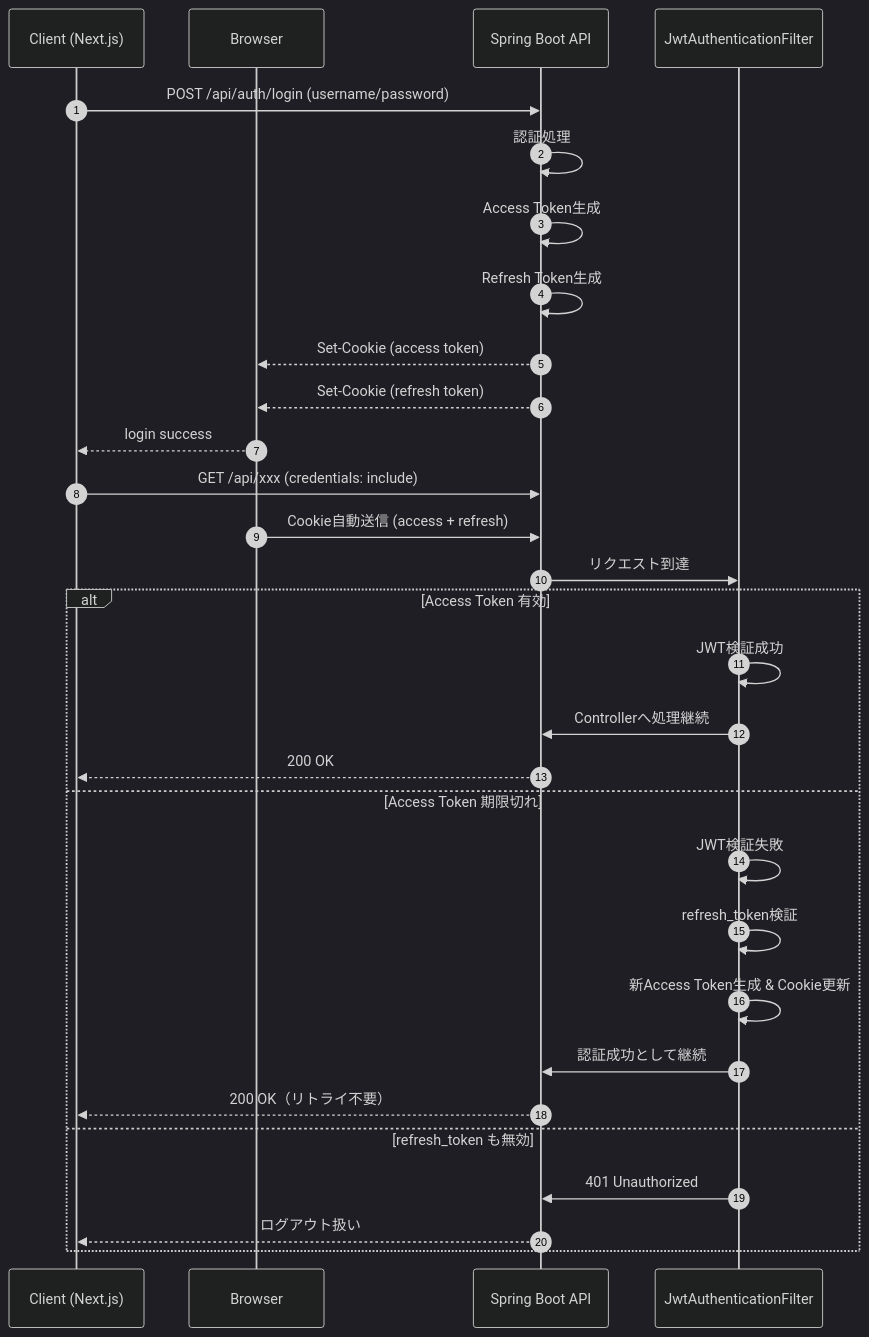
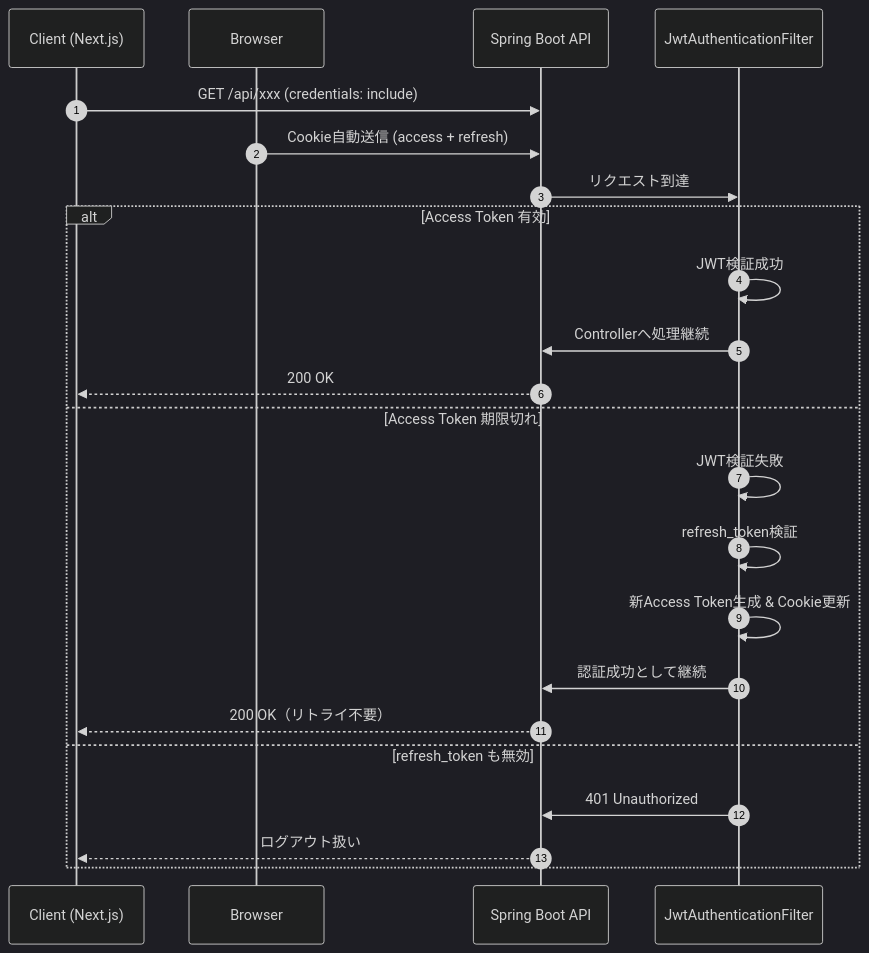
The fourth of 4 diagrams in README.md (hiroshi-tak/nisa-app-form), drawn with Mermaid (dark theme) before and after one commit. The commit also changed other lines of this file and 2 other files, not shown here.

Commit message:
readme edit

````diff
--- a/README.md
+++ b/README.md
@@ -91,43 +115,32 @@
 ```mermaid
 sequenceDiagram
     autonumber
 
     participant C as Client (Next.js)
     participant B as Browser
     participant A as Spring Boot API
     participant F as JwtAuthenticationFilter
-
-    %% =========================
-    %% LOGIN
-    %% =========================
-    C->>A: POST /api/auth/login (username/password)
-    A->>A: 認証処理
-    A->>A: Access Token生成
-    A->>A: Refresh Token生成
-    A-->>B: Set-Cookie (access token)
-    A-->>B: Set-Cookie (refresh token)
-    B-->>C: login success
 
     %% =========================
     %% API ACCESS
     %% =========================
     C->>A: GET /api/xxx (credentials: include)
     B->>A: Cookie自動送信 (access + refresh)
 
     A->>F: リクエスト到達
 
     alt Access Token 有効
         F->>F: JWT検証成功
         F->>A: Controllerへ処理継続
         A-->>C: 200 OK
     else Access Token 期限切れ
         F->>F: JWT検証失敗
         F->>F: refresh_token検証
         F->>F: 新Access Token生成 & Cookie更新
         F->>A: 認証成功として継続
         A-->>C: 200 OK（リトライ不要）
     else refresh_token も無効
         F->>A: 401 Unauthorized
         A-->>C: ログアウト扱い
     end
 ```
````
